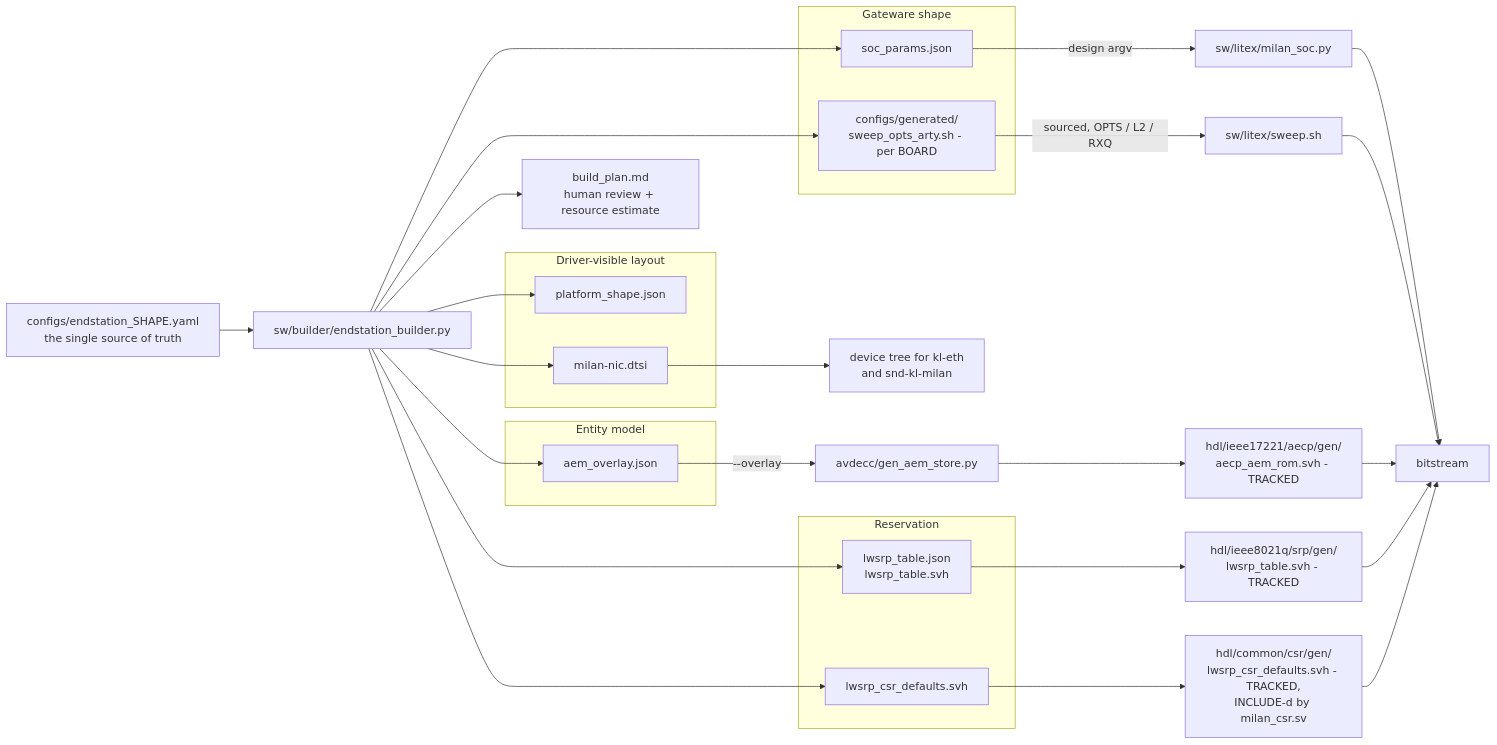
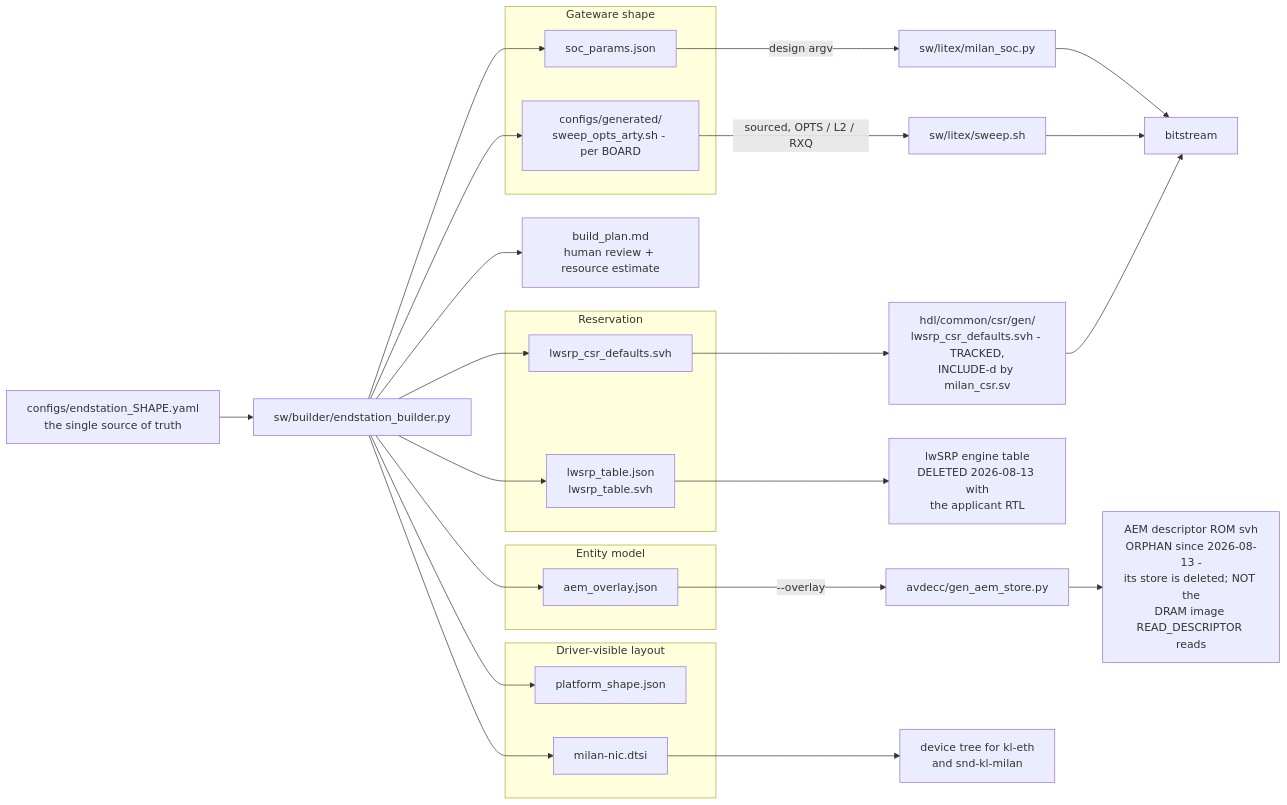
One commit to kebag-logic/milan-fpga changed the diagram in docs/ENDSTATION_BUILDER.md. Above: the diagram before and after it, drawn with Mermaid. The commit also changed other lines of this file and 362 other files, not shown here.

Commit message:
The legacy 1722.1/SRP control plane is deleted: the protocol processor is the only one

````diff
--- a/docs/ENDSTATION_BUILDER.md
+++ b/docs/ENDSTATION_BUILDER.md
@@ -91,45 +151,43 @@
 ```mermaid
 flowchart LR
     CFG["configs/endstation_SHAPE.yaml<br/>the single source of truth"]
     BLD["sw/builder/endstation_builder.py"]
     CFG --> BLD
 
     subgraph GW["Gateware shape"]
         SOC["soc_params.json"]
         SWP["configs/generated/<br/>sweep_opts_arty.sh - per BOARD"]
     end
     subgraph MODEL["Entity model"]
         OVL["aem_overlay.json"]
     end
     subgraph RSV["Reservation"]
         LTJ["lwsrp_table.json<br/>lwsrp_table.svh"]
         LCD["lwsrp_csr_defaults.svh"]
     end
     subgraph HOSTV["Driver-visible layout"]
         PSH["platform_shape.json"]
         DTS["milan-nic.dtsi"]
     end
     PLAN["build_plan.md<br/>human review + resource estimate"]
 
     BLD --> SOC
     BLD --> SWP
     BLD --> OVL
     BLD --> LTJ
     BLD --> LCD
     BLD --> PSH
     BLD --> DTS
     BLD --> PLAN
 
     SOC -->|"design argv"| MSOC["sw/litex/milan_soc.py"]
     SWP -->|"sourced, OPTS / L2 / RXQ"| SWEEP["sw/litex/sweep.sh"]
     OVL -->|"--overlay"| GEN["avdecc/gen_aem_store.py"]
-    GEN --> ROM["hdl/ieee17221/aecp/gen/<br/>aecp_aem_rom.svh - TRACKED"]
-    LTJ --> SRPRTL["hdl/ieee8021q/srp/gen/<br/>lwsrp_table.svh - TRACKED"]
+    GEN --> ROM["AEM descriptor ROM svh<br/>ORPHAN since 2026-08-13 -<br/>its store is deleted; NOT the<br/>DRAM image READ_DESCRIPTOR reads"]
+    LTJ --> SRPRTL["lwSRP engine table<br/>DELETED 2026-08-13 with<br/>the applicant RTL"]
     LCD --> CSRINC["hdl/common/csr/gen/<br/>lwsrp_csr_defaults.svh - TRACKED,<br/>INCLUDE-d by milan_csr.sv"]
     DTS --> DRV["device tree for kl-eth<br/>and snd-kl-milan"]
     MSOC --> BIT["bitstream"]
     SWEEP --> BIT
-    ROM --> BIT
-    SRPRTL --> BIT
     CSRINC --> BIT
 ```
````
